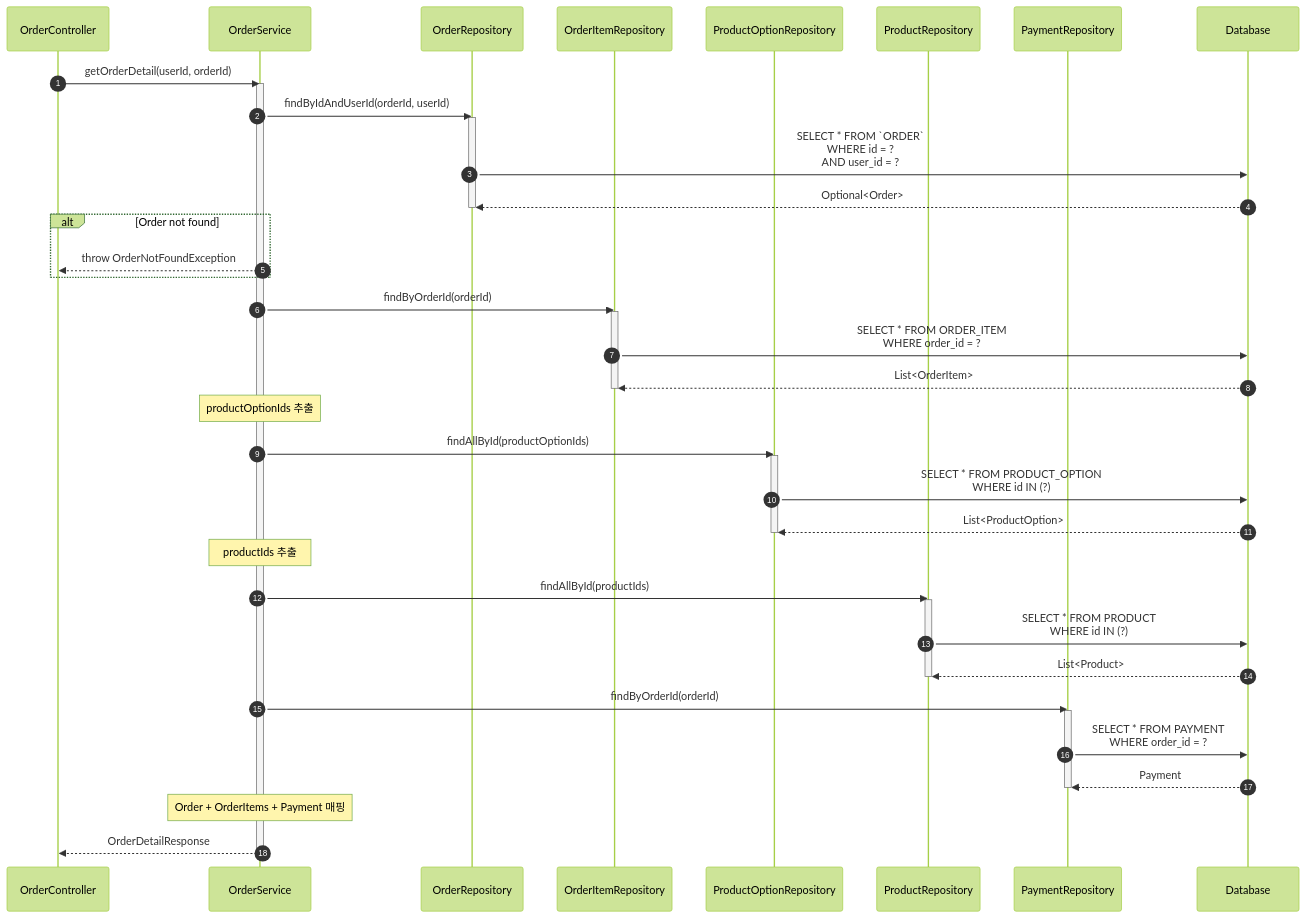
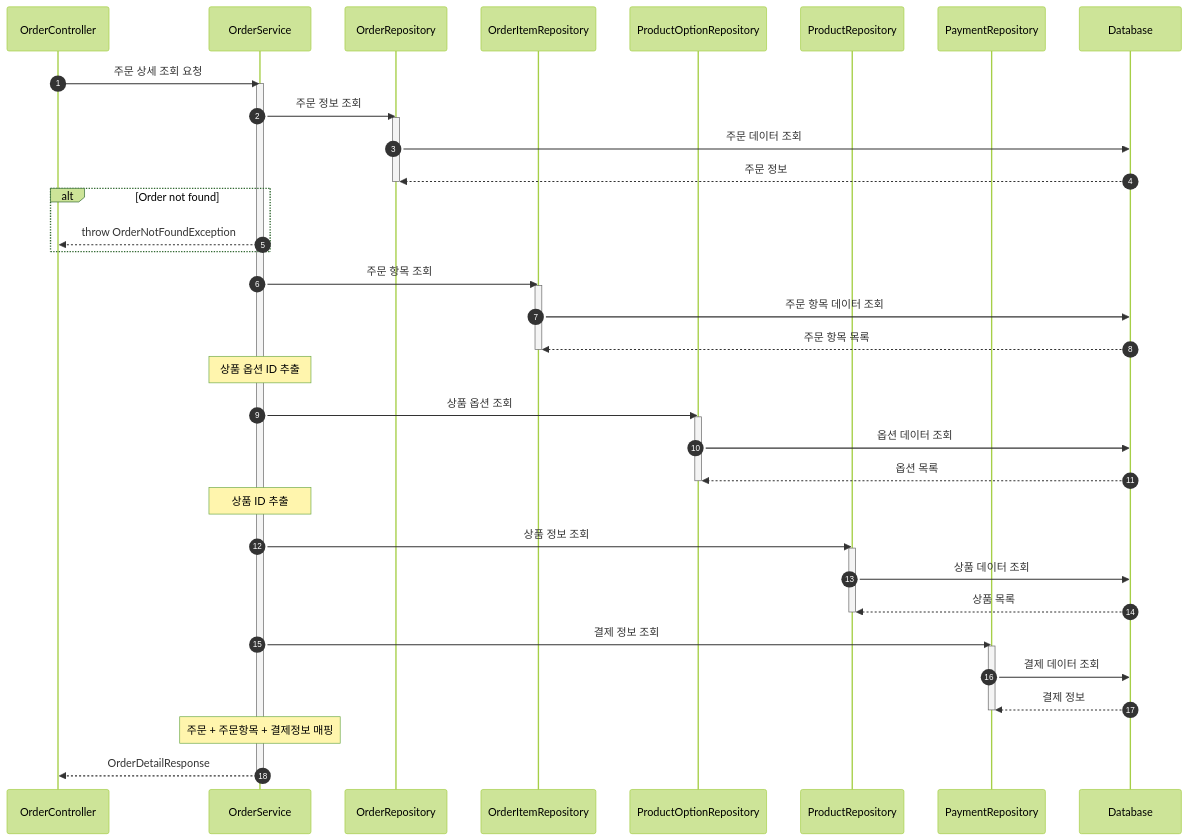
One commit to hye-ung97/hh-e-commerce changed the tenth of 16 diagrams in docs/api/api-specification.md. Above: the diagram before and after it, drawn with Mermaid (forest theme). The commit also changed other lines of this file, not shown here.

Commit message:
fix: 시퀀스 다이어그램에서 함수 이름 -> 설명으로 변경

````diff
--- a/docs/api/api-specification.md
+++ b/docs/api/api-specification.md
@@ -561,58 +561,58 @@
 ```mermaid
 sequenceDiagram
     autonumber
     participant C as OrderController
     participant S as OrderService
     participant OR as OrderRepository
     participant OIR as OrderItemRepository
     participant POR as ProductOptionRepository
     participant PR as ProductRepository
     participant PayR as PaymentRepository
     participant DB as Database
 
-    C->>S: getOrderDetail(userId, orderId)
+    C->>S: 주문 상세 조회 요청
     activate S
 
-    S->>OR: findByIdAndUserId(orderId, userId)
+    S->>OR: 주문 정보 조회
     activate OR
-    OR->>DB: SELECT * FROM `ORDER`<br/>WHERE id = ?<br/>AND user_id = ?
-    DB-->>OR: Optional<Order>
+    OR->>DB: 주문 데이터 조회
+    DB-->>OR: 주문 정보
     deactivate OR
 
     alt Order not found
         S-->>C: throw OrderNotFoundException
     end
 
-    S->>OIR: findByOrderId(orderId)
+    S->>OIR: 주문 항목 조회
     activate OIR
-    OIR->>DB: SELECT * FROM ORDER_ITEM<br/>WHERE order_id = ?
-    DB-->>OIR: List<OrderItem>
+    OIR->>DB: 주문 항목 데이터 조회
+    DB-->>OIR: 주문 항목 목록
     deactivate OIR
 
-    Note over S: productOptionIds 추출
+    Note over S: 상품 옵션 ID 추출
 
-    S->>POR: findAllById(productOptionIds)
+    S->>POR: 상품 옵션 조회
     activate POR
-    POR->>DB: SELECT * FROM PRODUCT_OPTION<br/>WHERE id IN (?)
-    DB-->>POR: List<ProductOption>
+    POR->>DB: 옵션 데이터 조회
+    DB-->>POR: 옵션 목록
     deactivate POR
 
-    Note over S: productIds 추출
+    Note over S: 상품 ID 추출
 
-    S->>PR: findAllById(productIds)
+    S->>PR: 상품 정보 조회
     activate PR
-    PR->>DB: SELECT * FROM PRODUCT<br/>WHERE id IN (?)
-    DB-->>PR: List<Product>
+    PR->>DB: 상품 데이터 조회
+    DB-->>PR: 상품 목록
     deactivate PR
 
-    S->>PayR: findByOrderId(orderId)
+    S->>PayR: 결제 정보 조회
     activate PayR
-    PayR->>DB: SELECT * FROM PAYMENT<br/>WHERE order_id = ?
-    DB-->>PayR: Payment
+    PayR->>DB: 결제 데이터 조회
+    DB-->>PayR: 결제 정보
     deactivate PayR
 
-    Note over S: Order + OrderItems + Payment 매핑
+    Note over S: 주문 + 주문항목 + 결제정보 매핑
 
     S-->>C: OrderDetailResponse
     deactivate S
 ```
````
